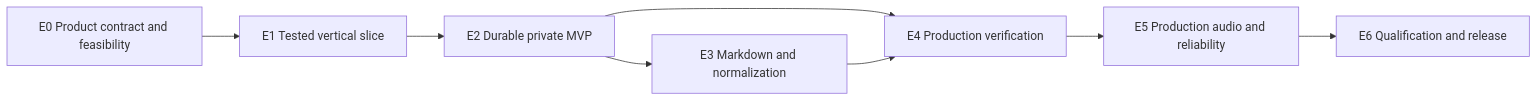
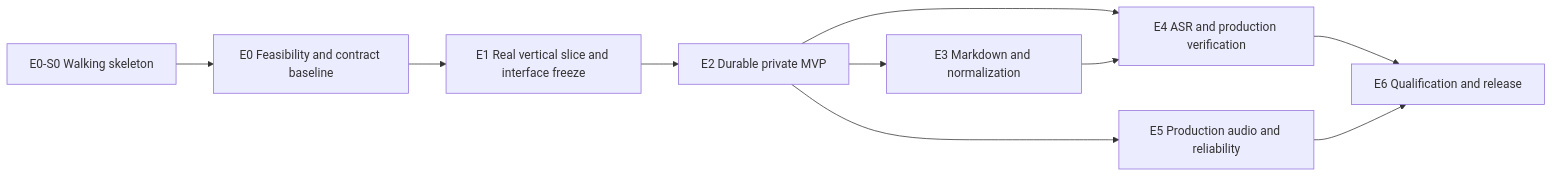
The diagram in DELIVERY-PLAN.md (rsstdd/technical-tts), drawn with Mermaid before and after one commit. The commit also changed other lines of this file and 36 other files, not shown here.

````diff
--- a/DELIVERY-PLAN.md
+++ b/DELIVERY-PLAN.md
@@ -109,10 +150,12 @@
 ```mermaid
 flowchart LR
-    E0["E0 Product contract and feasibility"] --> E1["E1 Tested vertical slice"]
+    S0["E0-S0 Walking skeleton"] --> E0["E0 Feasibility and contract baseline"]
+    E0 --> E1["E1 Real vertical slice and interface freeze"]
     E1 --> E2["E2 Durable private MVP"]
     E2 --> E3["E3 Markdown and normalization"]
-    E2 --> E4["E4 Production verification"]
+    E2 --> E4["E4 ASR and production verification"]
     E3 --> E4
-    E4 --> E5["E5 Production audio and reliability"]
-    E5 --> E6["E6 Qualification and release"]
+    E2 --> E5["E5 Production audio and reliability"]
+    E4 --> E6["E6 Qualification and release"]
+    E5 --> E6
 ```
````
